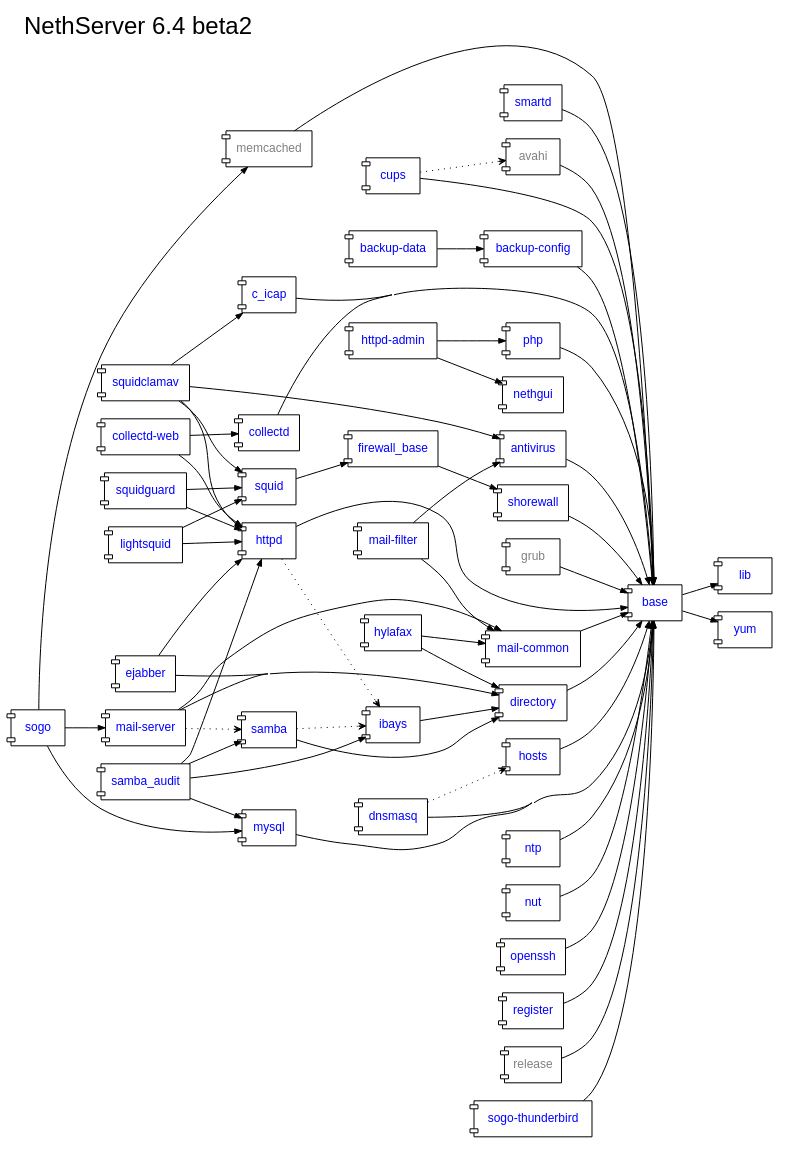
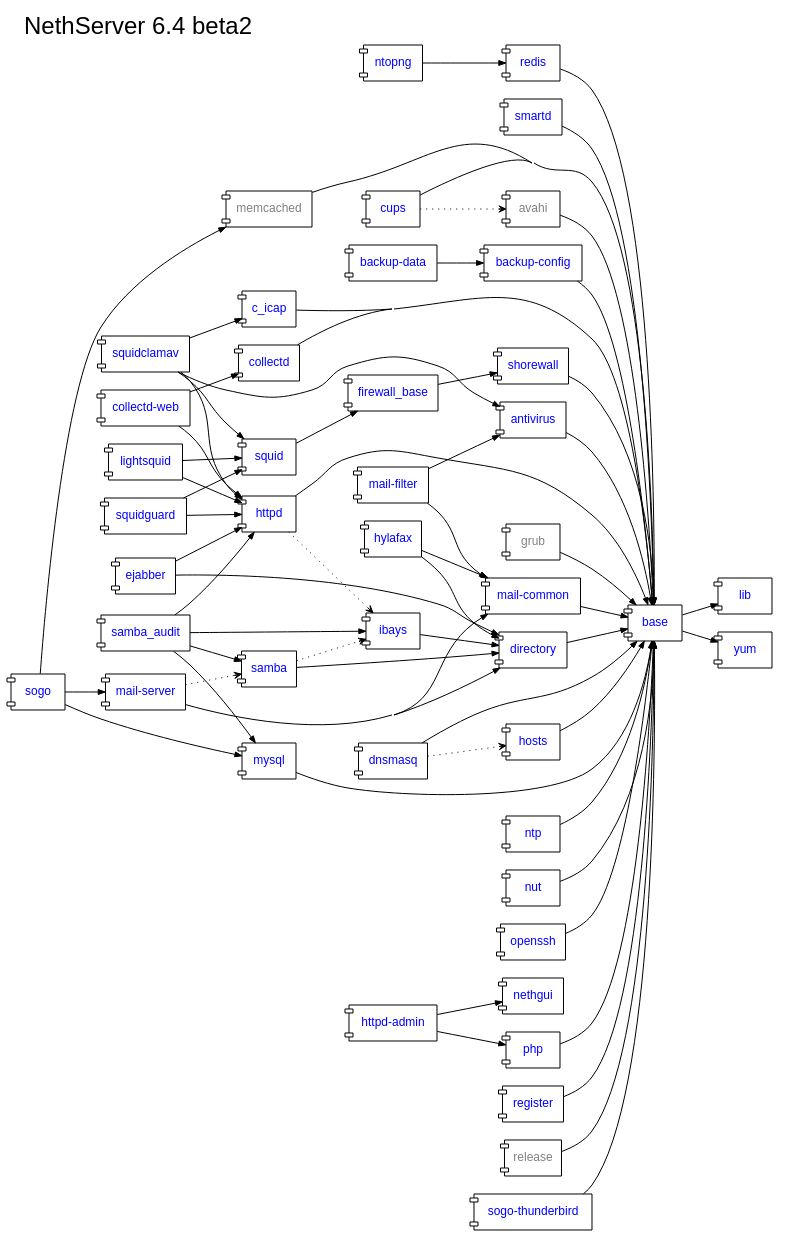
The diagram in nethserver/package-dependencies.dot (nethesis/dev-nethesis-it), drawn with Graphviz before and after one commit.

Commit message:
package-dependencies.dot: add redis and ntopng packages

```diff
--- a/nethserver/package-dependencies.dot
+++ b/nethserver/package-dependencies.dot
@@ -1,121 +1,125 @@
 digraph "v6.4-beta2" {
 	rankdir = "LR";
 	compound = true;
 	concentrate = true;
 	label="NethServer 6.4 beta2";
 	fontsize = 24.0
 	labelloc = "t";
 	labeljust = "l";
 	fontname="sans-serif";
 	
 
     node [shape="component",fontname="sans-serif",fontcolor=blue,fontsize=12.0];
     edge [arrowsize=0.7];
 
     antivirus [URL="http://dev.nethesis.it/projects/nethserver/wiki/nethserver-antivirus"];
     avahi [fontcolor=gray];
     backup_config [label="backup-config",URL="http://dev.nethesis.it/projects/nethserver/wiki/nethserver-backup"];
     backup_data [label="backup-data",URL="http://dev.nethesis.it/projects/nethserver/wiki/nethserver-backup"];   
     base [URL="http://dev.nethesis.it/projects/nethserver/wiki/nethserver-base"];
     c_icap [URL="http://dev.nethesis.it/projects/nethserver/wiki/nethserver-c-icap"];
     collectd [URL="http://dev.nethesis.it/projects/nethserver/wiki/nethserver-collectd"];
     collectd_web [label="collectd-web",URL="http://dev.nethesis.it/projects/nethserver/wiki/nethserver-collectd-web"];
     cups [URL="http://dev.nethesis.it/projects/nethserver-cups/wiki/nethserver-cups"];
     directory [URL="http://dev.nethesis.it/projects/nethserver/wiki/nethserver-directory"];
     dnsmasq [URL="http://dev.nethesis.it/projects/nethserver/wiki/nethserver-dnsmasq"];
     ejabber [URL="http://dev.nethesis.it/projects/nethserver-ejabberd/wiki/nethserver-ejabberd"];
     firewall_base [URL="http://dev.nethesis.it/projects/nethserver-ejabberd/wiki/nethserver-firewall-base"];
     grub [fontcolor=gray];
     hosts [URL="http://dev.nethesis.it/projects/nethserver/wiki/nethserver-hosts"];
     httpd_admin [label="httpd-admin",URL="http://dev.nethesis.it/projects/nethserver/wiki/nethserver-httpd-admin"];
     httpd [URL="http://dev.nethesis.it/projects/nethserver/wiki/nethserver-httpd"];
     hylafax [URL="http://dev.nethesis.it/projects/nethserver-hylafax/wiki/nethserver-hylafax"];
     ibays [URL="http://dev.nethesis.it/projects/nethserver/wiki/nethserver-ibays"];
     lib [URL="http://dev.nethesis.it/projects/nethserver/wiki/nethserver-lib"];
     lightsquid [URL="http://dev.nethesis.it/projects/nethserver/wiki/nethserver-lightsquid"];
     mail_common [label="mail-common",URL="http://dev.nethesis.it/projects/nethserver/wiki/nethserver-mail-common"];
     mail_filter [label="mail-filter",URL="http://dev.nethesis.it/projects/nethserver/wiki/nethserver-mail-filter"];
     mail_server [label="mail-server",URL="http://dev.nethesis.it/projects/nethserver/wiki/nethserver-mail-server"];
     memcached [fontcolor=gray];
     mysql [URL="http://dev.nethesis.it/projects/nethserver/wiki/nethserver-mysql"];
     nethgui [URL="http://dev.nethesis.it/projects/nethgui"];
     ntp [URL="http://dev.nethesis.it/projects/nethserver/wiki/nethserver-ntp"];
+    ntopng [URL="http://dev.nethesis.it/projects/nethserver/wiki/nethserver-ntopng"];
     nut [URL="http://dev.nethesis.it/projects/nethserver/wiki/nethserver-nut"];
     openssh [URL="http://dev.nethesis.it/projects/nethserver/wiki/nethserver-openssh"];
     php [URL="http://dev.nethesis.it/projects/nethserver/wiki/nethserver-php"];
+    redis [URL="http://dev.nethesis.it/projects/nethserver/wiki/nethserver-redis"];
     register [URL="http://dev.nethesis.it/projects/nethserver/wiki/nethserver-register"];
     release [fontcolor=gray];
     samba [URL="http://dev.nethesis.it/projects/nethserver/wiki/nethserver-samba"];
     samba_audit [URL="http://dev.nethesis.it/projects/nethserver/wiki/nethserver-samba-audit"];
     sogo [URL="https://dev.nethesis.it/projects/nethserver/wiki/nethserver-sogo"];
     sogo_thunderbird [label="sogo-thunderbird",URL="https://dev.nethesis.it/projects/nethserver/wiki/nethserver-sogo-thunderbird"];
     shorewall [URL="https://dev.nethesis.it/projects/nethserver/wiki/nethserver-shorewall"];        
     smartd [URL="https://dev.nethesis.it/projects/nethserver/wiki/nethserver-smartd"];    
     squid [URL="https://dev.nethesis.it/projects/nethserver/wiki/nethserver-squid"];
     squidclamav [URL="https://dev.nethesis.it/projects/nethserver/wiki/nethserver-squidclamav"];
     squidguard [URL="https://dev.nethesis.it/projects/nethserver/wiki/nethserver-squidguard"];
     yum [URL="http://dev.nethesis.it/projects/nethserver/wiki/nethserver-yum"];
 		       
     base -> lib
     openssh -> base
     directory -> base
     samba -> directory
     ibays -> directory
     httpd -> base
     httpd -> ibays [style=dotted,arrowhead=vee];
     dnsmasq -> hosts [style=dotted,arrowhead=vee];
     dnsmasq -> base
     hosts -> base
     httpd_admin -> php
     httpd_admin -> nethgui
     samba -> ibays [style=dotted,arrowhead=vee];
     base -> yum
     ntp -> base
     php -> base
     mail_server -> directory
     mail_server -> mail_common
     mail_server -> samba [style=dotted,arrowhead=vee];    
     mail_filter -> mail_common
     mail_filter -> antivirus
     mail_common -> base
     antivirus -> base
     release -> base
     grub -> base
     cups -> base
     avahi -> base
     cups -> avahi [style=dotted,arrowhead=vee];
     ejabber -> directory
     ejabber -> httpd
     mysql -> base
     hylafax -> directory
     hylafax -> mail_common
     sogo -> memcached
     sogo -> mail_server
     sogo -> mysql
     sogo_thunderbird -> base
     memcached -> base
     collectd -> base
     collectd_web -> collectd
     collectd_web -> httpd
     backup_config -> base
     backup_data -> backup_config
     register -> base
     smartd -> base
     shorewall -> base
     firewall_base -> shorewall
     squid -> firewall_base
     squidclamav -> squid
     squidclamav -> antivirus
     squidclamav -> httpd
     squidclamav -> c_icap
     c_icap -> base
     lightsquid -> squid
     lightsquid -> httpd
     nut -> base
     samba_audit -> ibays
     samba_audit -> httpd
     samba_audit -> mysql
     samba_audit -> samba
     squidguard -> httpd
     squidguard -> squid
+    redis -> base
+    ntopng -> redis
 }
```
